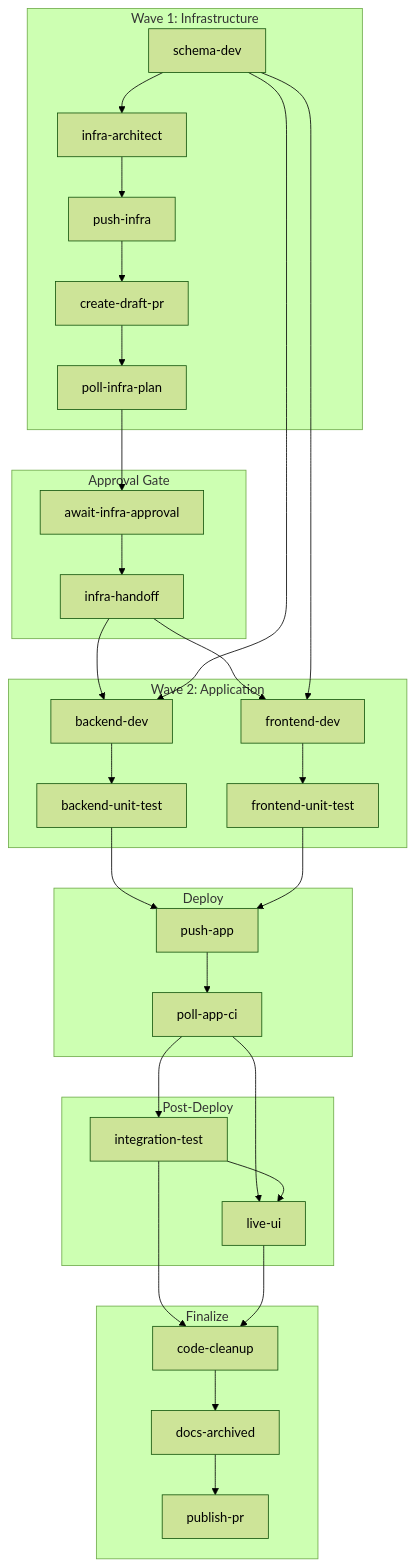
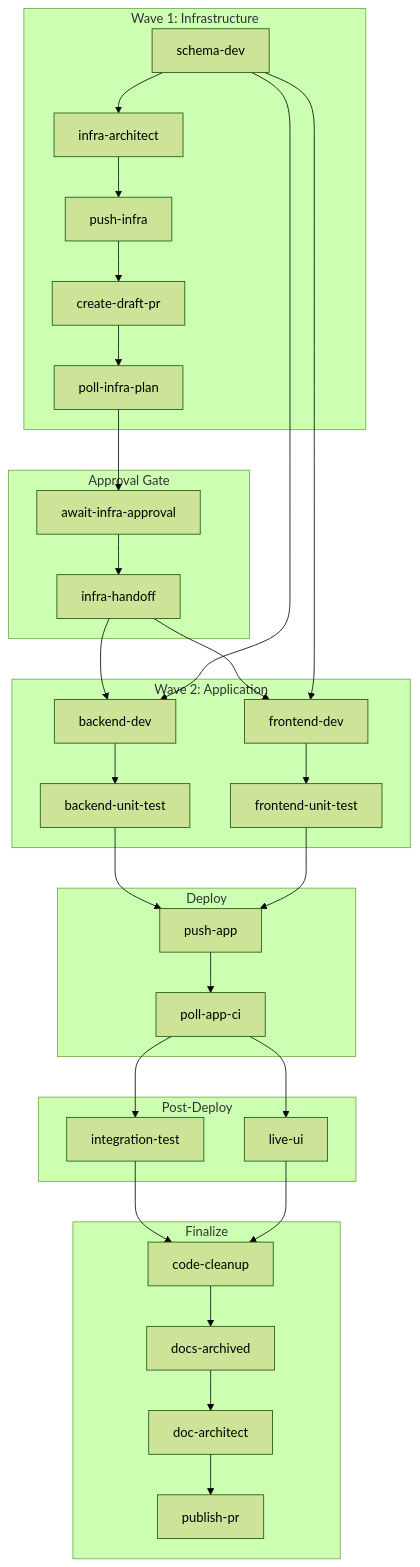
One commit to RomanKaliupinMelonusa/DAGent-t changed the first of 9 diagrams in ARCHITECTURE.md. Above: the diagram before and after it, drawn with Mermaid (forest theme). The commit also changed other lines of this file and 37 other files, not shown here.

````diff
--- a/ARCHITECTURE.md
+++ b/ARCHITECTURE.md
@@ -7,61 +7,62 @@
 ```mermaid
 graph TD
     subgraph W1["Wave 1: Infrastructure"]
         SD["schema-dev"]
         IA["infra-architect"]
         PI["push-infra"]
         DPR["create-draft-pr"]
         PIP["poll-infra-plan"]
     end
 
     subgraph AG["Approval Gate"]
         AIA["await-infra-approval"]
         IH["infra-handoff"]
     end
 
     subgraph W2["Wave 2: Application"]
         BD["backend-dev"]
         FD["frontend-dev"]
         BUT["backend-unit-test"]
         FUT["frontend-unit-test"]
     end
 
     subgraph DP["Deploy"]
         PA["push-app"]
         PAC["poll-app-ci"]
     end
 
     subgraph PD["Post-Deploy"]
         IT["integration-test"]
         LU["live-ui"]
     end
 
     subgraph FN["Finalize"]
         CC["code-cleanup"]
         DA["docs-archived"]
+        DARC["doc-architect"]
         PPR["publish-pr"]
     end
 
     SD --> IA
     IA --> PI
     PI --> DPR
     DPR --> PIP
     PIP --> AIA
     AIA --> IH
     IH --> BD
     IH --> FD
     SD --> BD
     SD --> FD
     BD --> BUT
     FD --> FUT
     BUT --> PA
     FUT --> PA
     PA --> PAC
     PAC --> IT
     PAC --> LU
-    IT --> LU
     IT --> CC
     LU --> CC
     CC --> DA
-    DA --> PPR
+    DA --> DARC
+    DARC --> PPR
 ```
````
